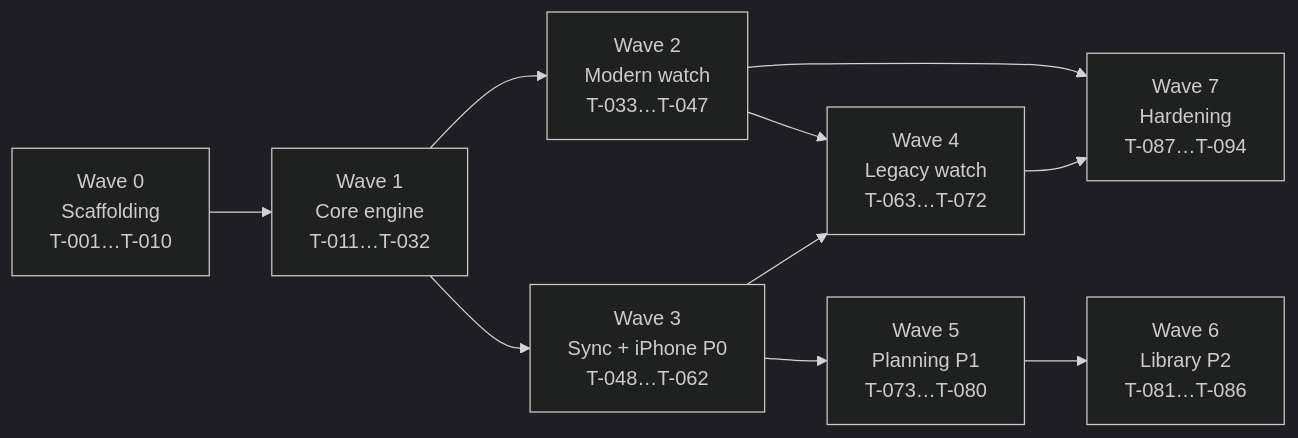
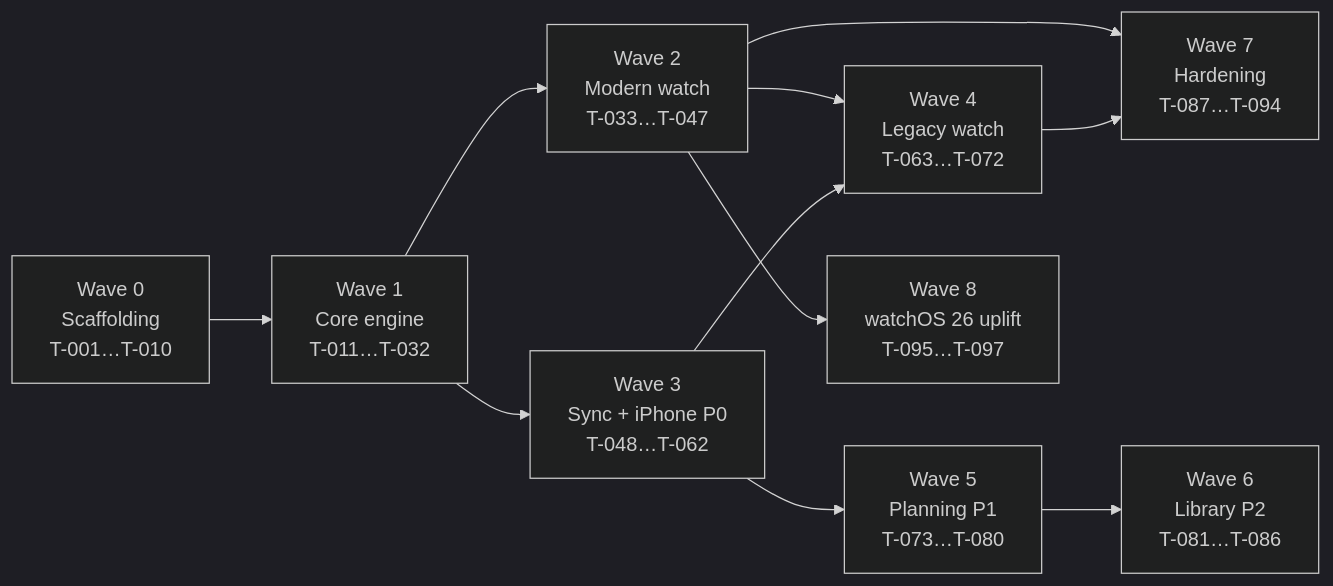
Before and after one commit to ssura1/OptimalRunning: the diagram in docs/implementation.md, drawn with Mermaid (dark theme). The commit also changed other lines of this file and 11 other files, not shown here.

````diff
--- a/docs/implementation.md
+++ b/docs/implementation.md
@@ -40,12 +40,13 @@
 ```mermaid
 graph LR
     W0[Wave 0<br/>Scaffolding<br/>T-001…T-010] --> W1[Wave 1<br/>Core engine<br/>T-011…T-032]
     W1 --> W2[Wave 2<br/>Modern watch<br/>T-033…T-047]
     W1 --> W3[Wave 3<br/>Sync + iPhone P0<br/>T-048…T-062]
     W2 --> W4[Wave 4<br/>Legacy watch<br/>T-063…T-072]
     W3 --> W4
     W3 --> W5[Wave 5<br/>Planning P1<br/>T-073…T-080]
     W5 --> W6[Wave 6<br/>Library P2<br/>T-081…T-086]
     W2 --> W7[Wave 7<br/>Hardening<br/>T-087…T-094]
     W4 --> W7
+    W2 --> W8[Wave 8<br/>watchOS 26 uplift<br/>T-095…T-097]
 ```
````
